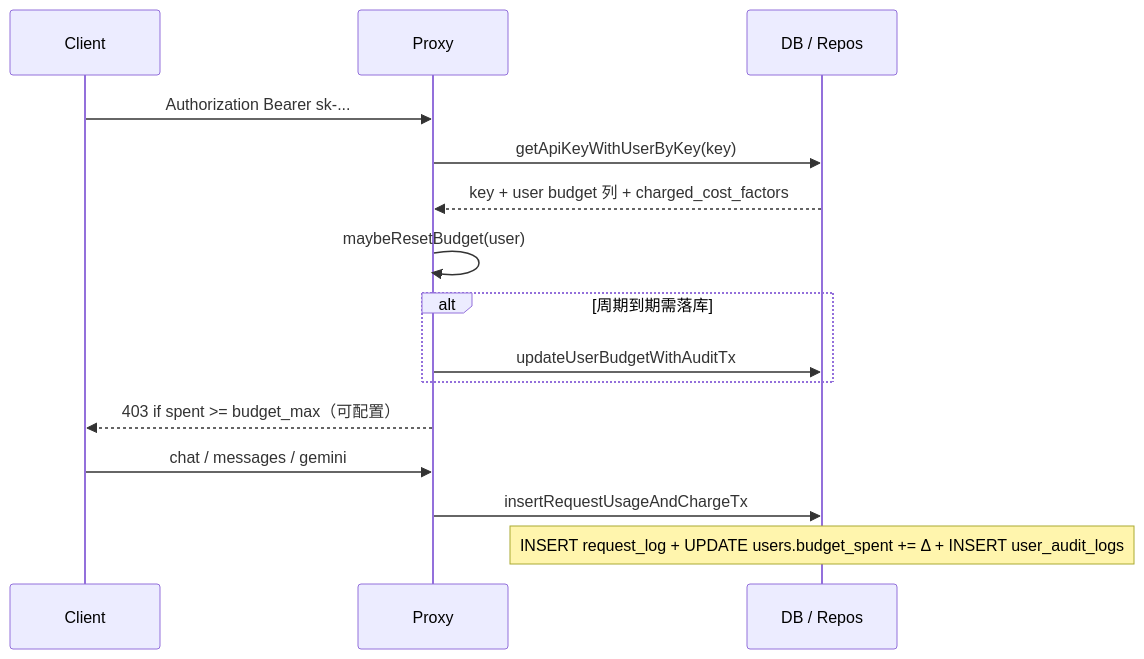
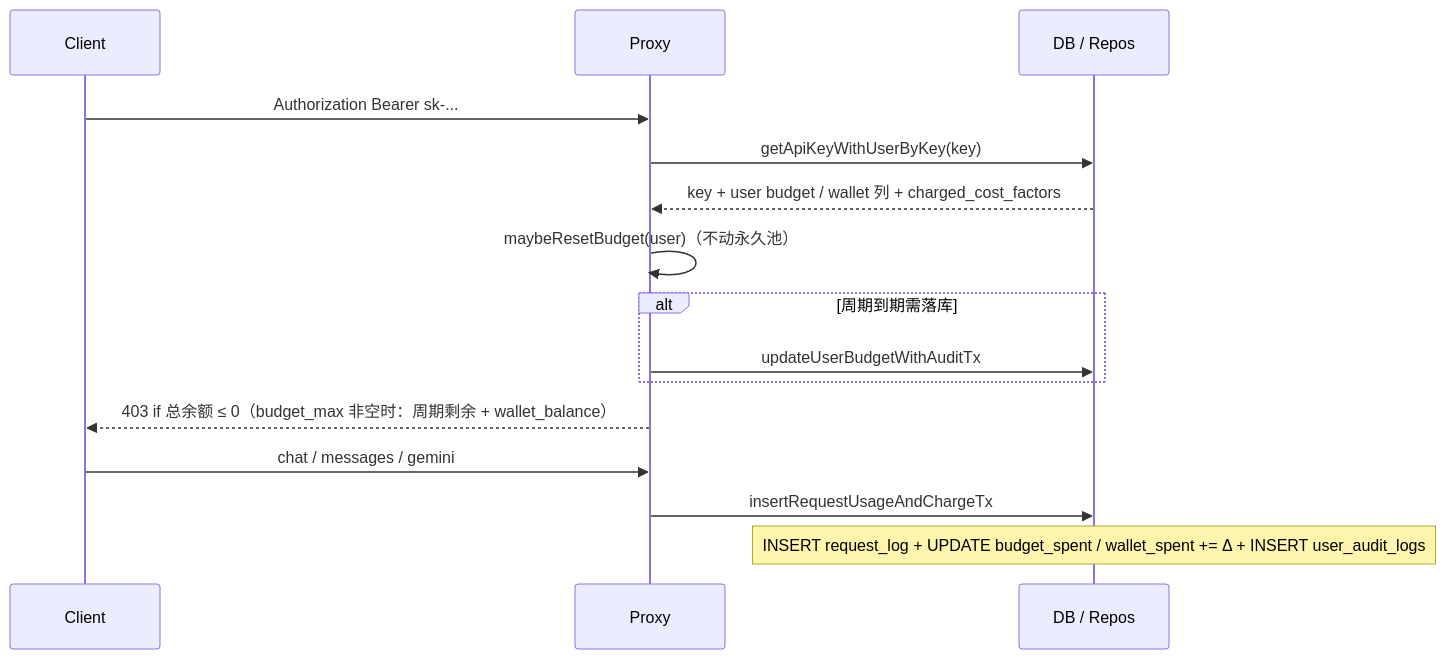
The second of 2 diagrams in docs/developers/architecture/runtime-data.md (OctaFuse/octafuse-gateway), drawn with Mermaid before and after one commit. The commit also changed other lines of this file and 81 other files, not shown here.

First line of the commit message:
feat(admin): introduce wallet management features and enhance user analytics

````diff
--- a/docs/developers/architecture/runtime-data.md
+++ b/docs/developers/architecture/runtime-data.md
@@ -128,18 +129,18 @@
 ```mermaid
 sequenceDiagram
   participant C as Client
   participant P as Proxy
   participant DB as DB / Repos
 
   C->>P: Authorization Bearer sk-...
   P->>DB: getApiKeyWithUserByKey(key)
-  DB-->>P: key + user budget 列 + charged_cost_factors
-  P->>P: maybeResetBudget(user)
+  DB-->>P: key + user budget / wallet 列 + charged_cost_factors
+  P->>P: maybeResetBudget(user)（不动永久池）
   alt 周期到期需落库
     P->>DB: updateUserBudgetWithAuditTx
   end
-  P-->>C: 403 if spent >= budget_max（可配置）
+  P-->>C: 403 if 总余额 ≤ 0（budget_max 非空时：周期剩余 + wallet_balance）
   C->>P: chat / messages / gemini
   P->>DB: insertRequestUsageAndChargeTx
-  Note over DB: INSERT request_log + UPDATE users.budget_spent += Δ + INSERT user_audit_logs
+  Note over DB: INSERT request_log + UPDATE budget_spent / wallet_spent += Δ + INSERT user_audit_logs
 ```
````
